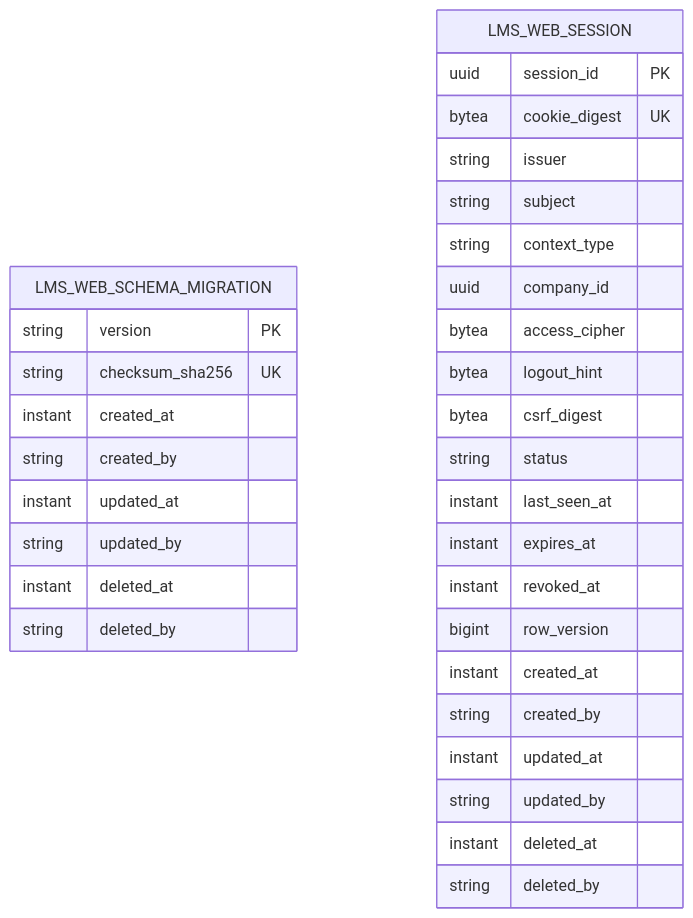
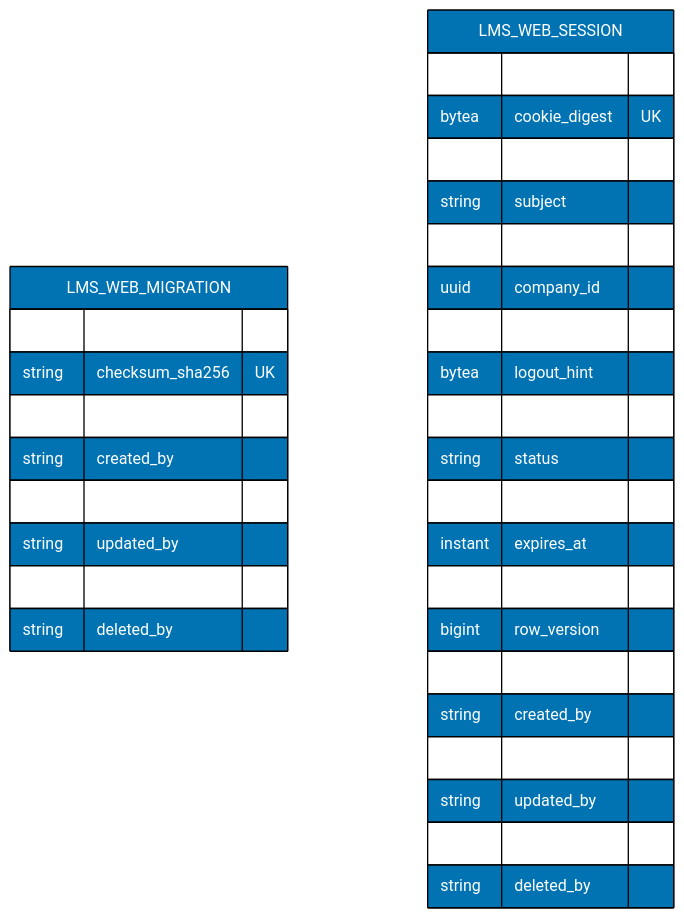
The second of 2 diagrams in plans/backlog/lms-user/tech-docs/001-architecture-bdd-and-file-impact.md (wahidyankf/ose-public), drawn with Mermaid before and after one commit. The commit also changed other lines of this file and 220 other files, not shown here.

First line of the commit message:
docs: split mermaid labels to 20 graphemes and add palette defaults

````diff
--- a/plans/backlog/lms-user/tech-docs/001-architecture-bdd-and-file-impact.md
+++ b/plans/backlog/lms-user/tech-docs/001-architecture-bdd-and-file-impact.md
@@ -117,37 +118,38 @@
 ```mermaid
 erDiagram
   accTitle: LMS web session storage
   accDescr: The LMS BFF owns immutable migration metadata and durable opaque session rows. Both tables carry the mandatory six-column audit envelope and reject physical deletion.
-  LMS_WEB_SCHEMA_MIGRATION {
+  LMS_WEB_MIGRATION {
     string version PK
     string checksum_sha256 UK
     instant created_at
     string created_by
     instant updated_at
     string updated_by
     instant deleted_at
     string deleted_by
   }
   LMS_WEB_SESSION {
     uuid session_id PK
     bytea cookie_digest UK
     string issuer
     string subject
     string context_type
     uuid company_id
     bytea access_cipher
     bytea logout_hint
     bytea csrf_digest
     string status
     instant last_seen_at
     instant expires_at
     instant revoked_at
     bigint row_version
     instant created_at
     string created_by
     instant updated_at
     string updated_by
     instant deleted_at
     string deleted_by
   }
+    classDef default fill:#0173B2,stroke:#000000,color:#FFFFFF
 ```
````
